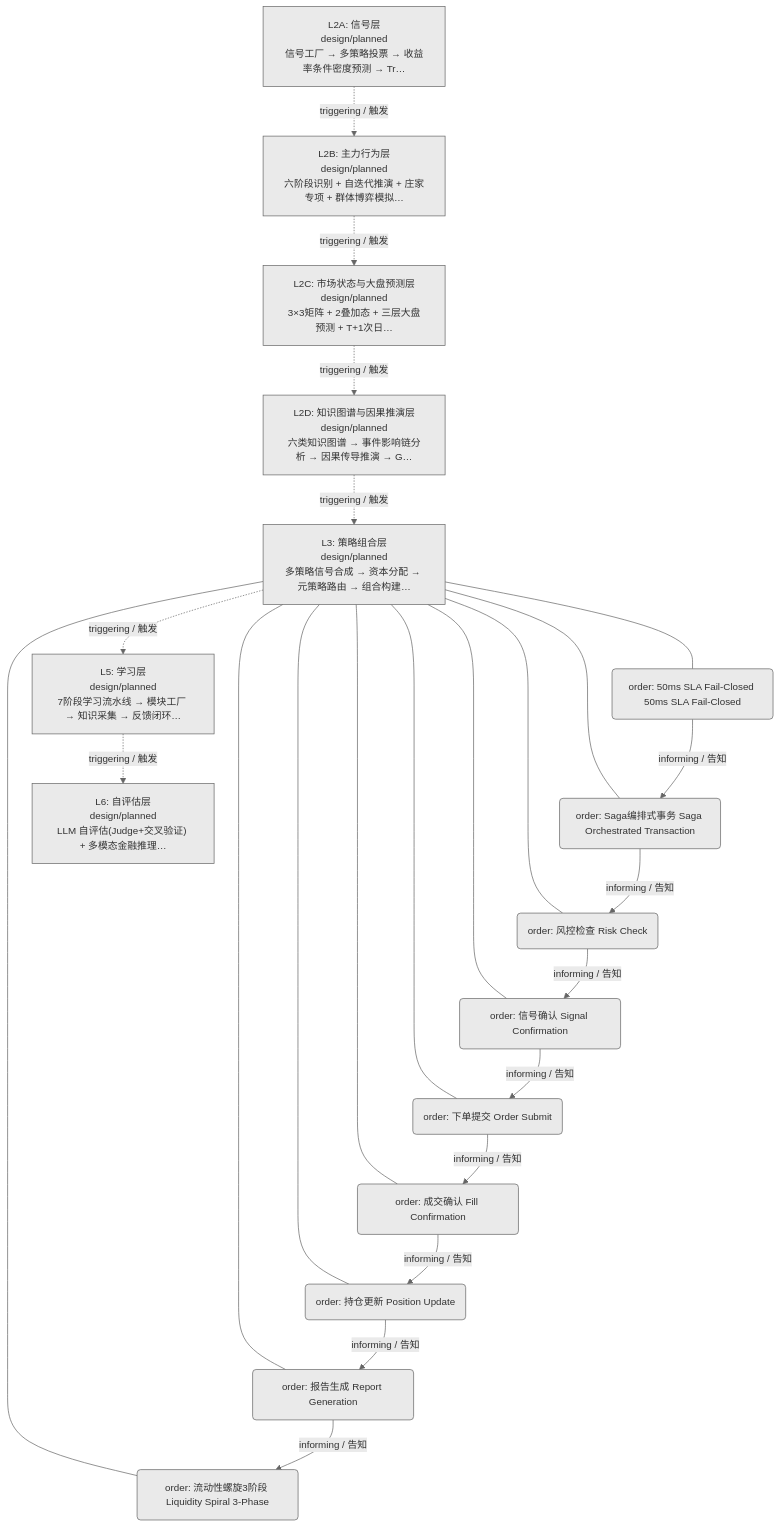
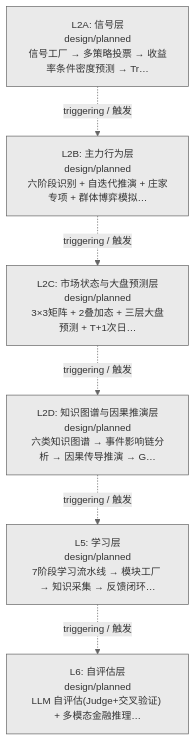
One commit to xuanFelixVan/ZephyrAlpha changed the first of 2 diagrams in docs/02_enterprise_architecture/06_decision_architecture/14_decision_l3_ex_core.md. Above: the diagram before and after it, drawn with Mermaid. The commit also changed other lines of this file and 36 other files, not shown here.

First line of the commit message:
docs(arch): 三图入口索引加大白话解释 + 数据流生成器命名治本

````diff
--- a/docs/02_enterprise_architecture/06_decision_architecture/14_decision_l3_ex_core.md
+++ b/docs/02_enterprise_architecture/06_decision_architecture/14_decision_l3_ex_core.md
@@ -23,43 +23,15 @@
 ```mermaid
 %%{init: {'theme': 'base', 'themeVariables': {'primaryColor': '#eaeaea', 'primaryTextColor': '#333333', 'primaryBorderColor': '#666666', 'lineColor': '#666666', 'secondaryColor': '#eaeaea', 'tertiaryColor': '#eaeaea', 'fontSize': '14px'}}}%%
 flowchart TD
     LL2A["L2A: 信号层<br/>design/planned<br/>信号工厂 → 多策略投票 → 收益率条件密度预测 → Tr…"]
     LL2B["L2B: 主力行为层<br/>design/planned<br/>六阶段识别 + 自迭代推演 + 庄家专项 + 群体博弈模拟…"]
     LL2C["L2C: 市场状态与大盘预测层<br/>design/planned<br/>3×3矩阵 + 2叠加态 + 三层大盘预测 + T+1次日…"]
     LL2D["L2D: 知识图谱与因果推演层<br/>design/planned<br/>六类知识图谱 → 事件影响链分析 → 因果传导推演 → G…"]
-    LL3["L3: 策略组合层<br/>design/planned<br/>多策略信号合成 → 资本分配 → 元策略路由 → 组合构建…"]
-    N59("order: 50ms SLA Fail-Closed 50ms SLA Fail-Closed")
-    LL3 --- N59
-    N60("order: Saga编排式事务 Saga Orchestrated Transaction")
-    LL3 --- N60
-    N61("order: 风控检查 Risk Check")
-    LL3 --- N61
-    N62("order: 信号确认 Signal Confirmation")
-    LL3 --- N62
-    N63("order: 下单提交 Order Submit")
-    LL3 --- N63
-    N64("order: 成交确认 Fill Confirmation")
-    LL3 --- N64
-    N65("order: 持仓更新 Position Update")
-    LL3 --- N65
-    N66("order: 报告生成 Report Generation")
-    LL3 --- N66
-    N71("order: 流动性螺旋3阶段 Liquidity Spiral 3-Phase")
-    LL3 --- N71
     LL5["L5: 学习层<br/>design/planned<br/>7阶段学习流水线 → 模块工厂 → 知识采集 → 反馈闭环…"]
     LL6["L6: 自评估层<br/>design/planned<br/>LLM 自评估(Judge+交叉验证) + 多模态金融推理…"]
     LL2A -.->|triggering / 触发| LL2B
     LL2B -.->|triggering / 触发| LL2C
     LL2C -.->|triggering / 触发| LL2D
-    LL2D -.->|triggering / 触发| LL3
-    LL3 -.->|triggering / 触发| LL5
+    LL2D -.->|triggering / 触发| LL5
     LL5 -.->|triggering / 触发| LL6
-    N59 -->|informing / 告知| N60
-    N60 -->|informing / 告知| N61
-    N61 -->|informing / 告知| N62
-    N62 -->|informing / 告知| N63
-    N63 -->|informing / 告知| N64
-    N64 -->|informing / 告知| N65
-    N65 -->|informing / 告知| N66
-    N66 -->|informing / 告知| N71
 ```
````
